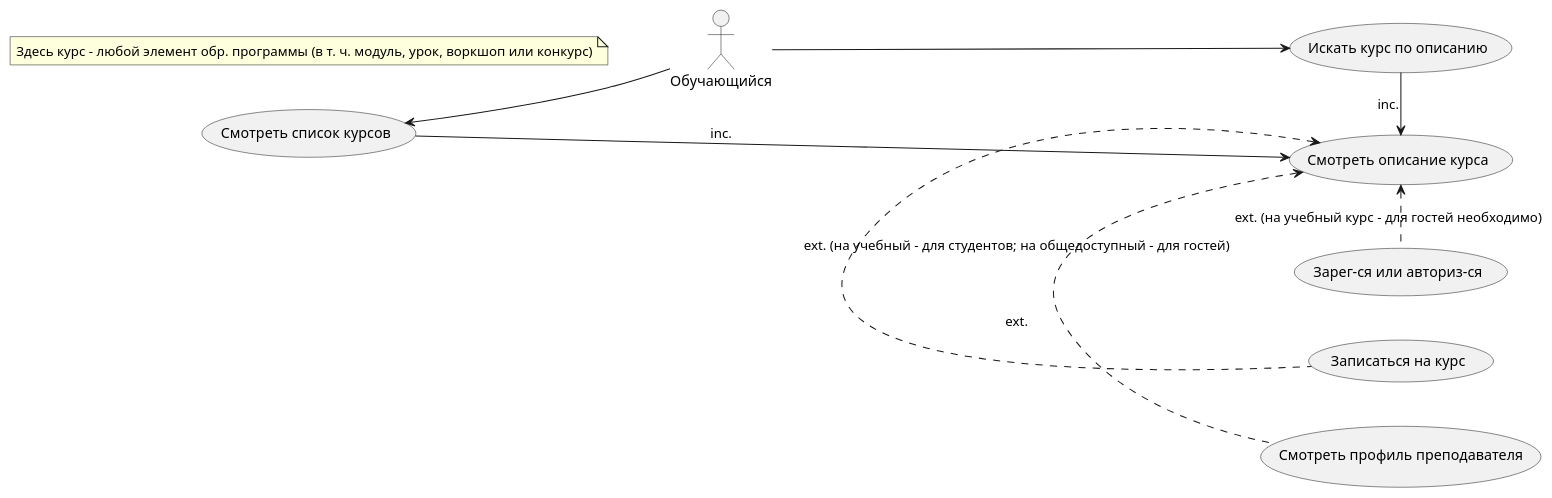
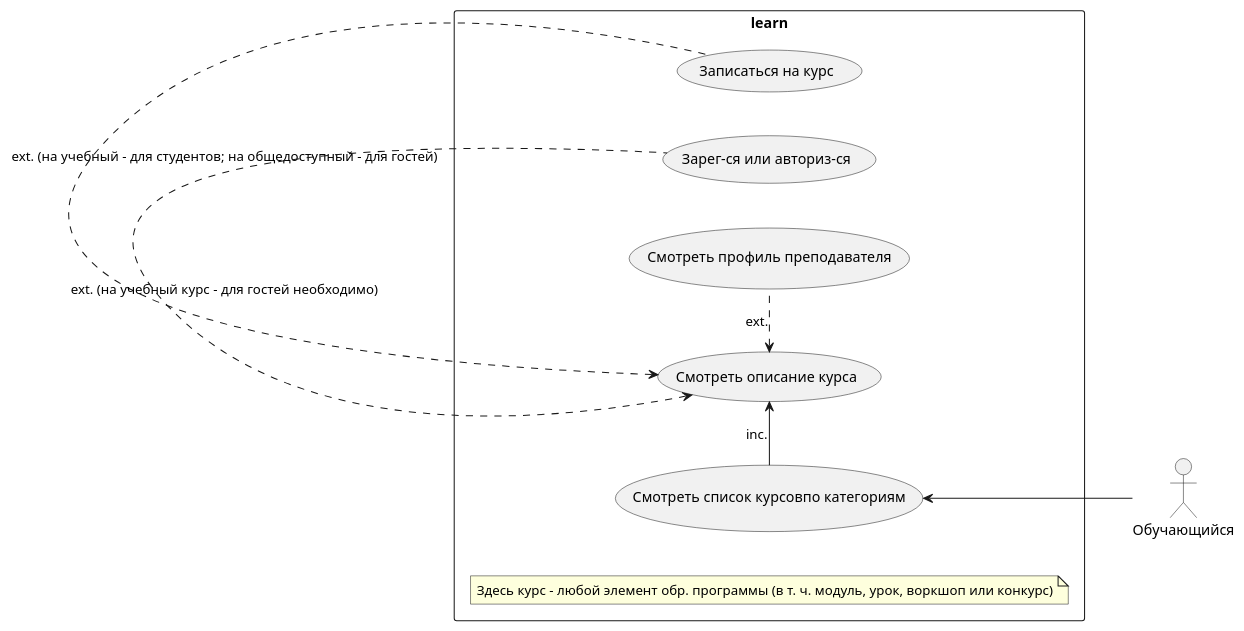
One commit to karpoftea/mts-kata-2023 changed the second of 7 diagrams in docs/requirements/requirements.md. Above: the diagram before and after it, drawn with PlantUML. The commit also changed other lines of this file, not shown here.

````diff
--- a/docs/requirements/requirements.md
+++ b/docs/requirements/requirements.md
@@ -106,25 +108,24 @@
 ```plantuml
 @startuml
 
 left to right direction
 
 actor "Обучающийся" as guest
 
-usecase "Смотреть список курсов" as UC21
-usecase "Искать курс по описанию" as UC22
-usecase "Смотреть описание курса" as UC24
-note "Здесь курс - любой элемент обр. программы (в т. ч. модуль, урок, воркшоп или конкурс)" as N21
-usecase "Записаться на курс" as UC25
-usecase "Зарег-ся или авториз-ся" as UC23
-usecase "Смотреть профиль преподавателя" as UC26
+rectangle learn {
+  usecase "Смотреть список курсовпо категориям" as UC21
+  usecase "Смотреть описание курса" as UC24
+  note "Здесь курс - любой элемент обр. программы (в т. ч. модуль, урок, воркшоп или конкурс)" as N21
+  usecase "Записаться на курс" as UC25
+  usecase "Зарег-ся или авториз-ся" as UC23
+  usecase "Смотреть профиль преподавателя" as UC26
+}
 
 guest -up-> UC21
-guest --> UC22
 UC21 -> UC24 : inc.
-UC22 -> UC24 : inc.
 UC24 <. UC25 : ext. (на учебный - для студентов; на общедоступный - для гостей)
 UC24 <. UC23 : ext. (на учебный курс - для гостей необходимо)
 UC24 <. UC26 : ext.
 
 @enduml
 ```
````
